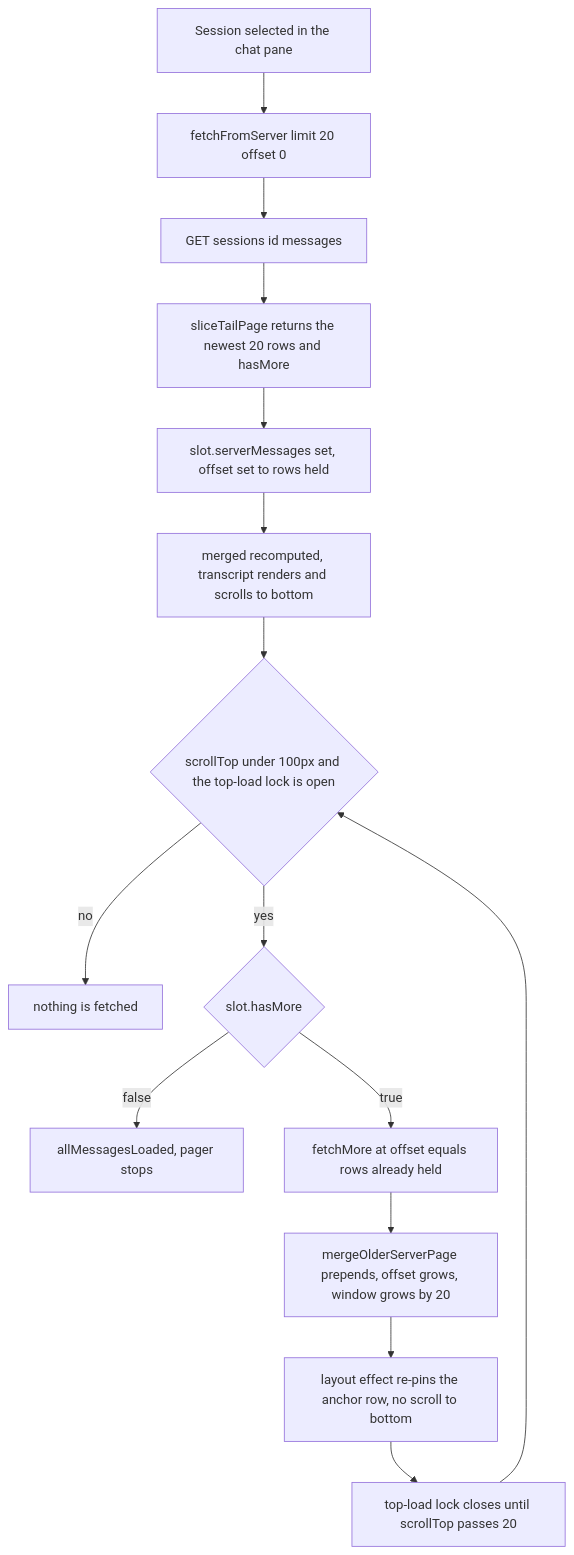
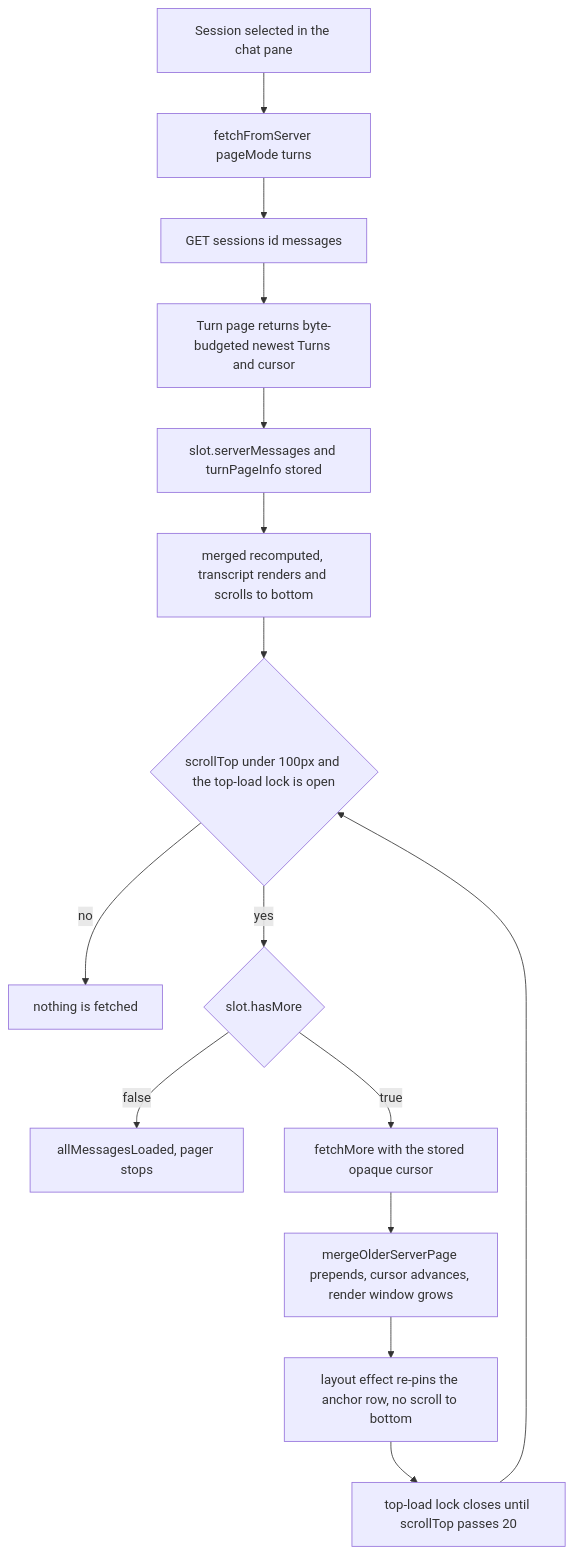
The first of 3 diagrams in docs/architecture/04-message-store-and-lazy-loading.md (selierlin/cloudcli), drawn with Mermaid before and after one commit. The commit also changed other lines of this file and 35 other files, not shown here.

First line of the commit message:
feat(chat): 统一 Turn Segment 投影与稳定行身份

````diff
--- a/docs/architecture/04-message-store-and-lazy-loading.md
+++ b/docs/architecture/04-message-store-and-lazy-loading.md
@@ -266,17 +299,17 @@
 ```mermaid
 flowchart TD
-  A["Session selected in the chat pane"] --> B["fetchFromServer limit 20 offset 0"]
+  A["Session selected in the chat pane"] --> B["fetchFromServer pageMode turns"]
   B --> C["GET sessions id messages"]
-  C --> D["sliceTailPage returns the newest 20 rows and hasMore"]
-  D --> E["slot.serverMessages set, offset set to rows held"]
+  C --> D["Turn page returns byte-budgeted newest Turns and cursor"]
+  D --> E["slot.serverMessages and turnPageInfo stored"]
   E --> F["merged recomputed, transcript renders and scrolls to bottom"]
   F --> G{"scrollTop under 100px and the top-load lock is open"}
   G -->|"no"| Z["nothing is fetched"]
   G -->|"yes"| H{"slot.hasMore"}
   H -->|"false"| K["allMessagesLoaded, pager stops"]
-  H -->|"true"| I["fetchMore at offset equals rows already held"]
-  I --> J["mergeOlderServerPage prepends, offset grows, window grows by 20"]
+  H -->|"true"| I["fetchMore with the stored opaque cursor"]
+  I --> J["mergeOlderServerPage prepends, cursor advances, render window grows"]
   J --> L["layout effect re-pins the anchor row, no scroll to bottom"]
   L --> M["top-load lock closes until scrollTop passes 20"]
   M --> G
 ```
````
